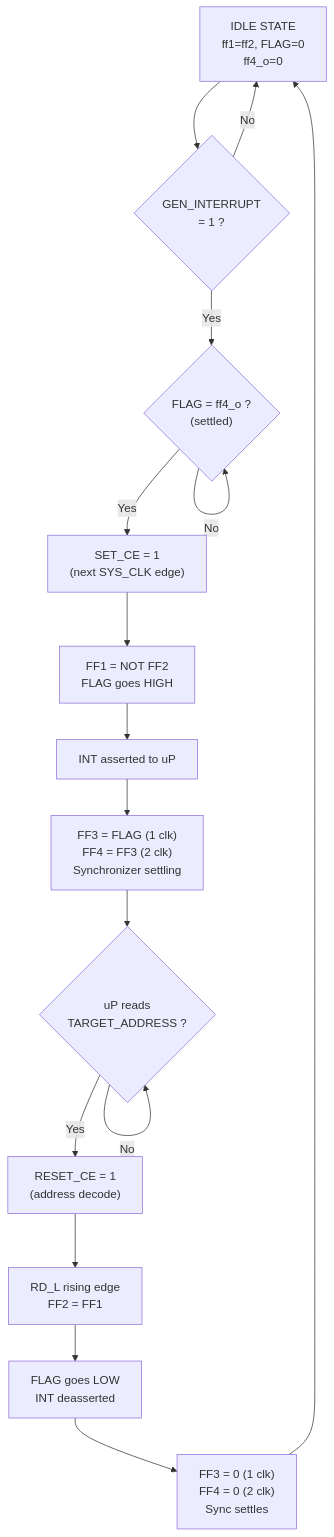
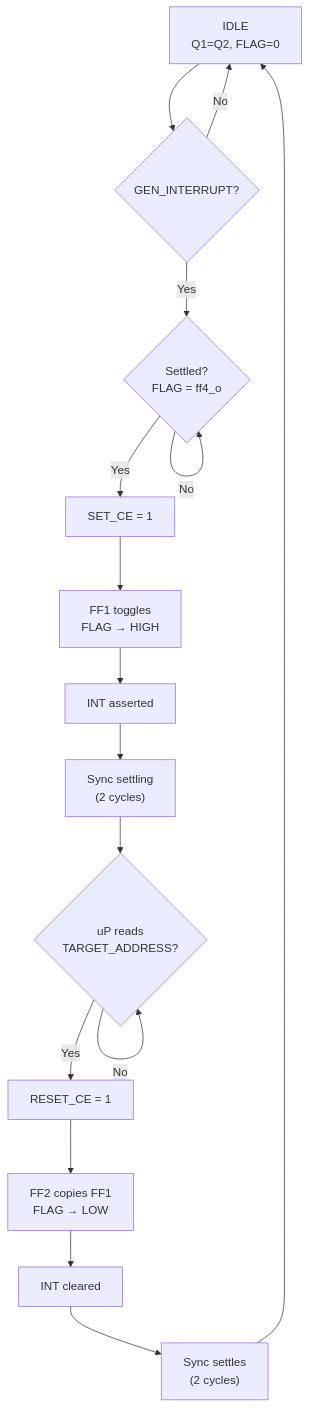
One commit to marslan6/Flancter changed the diagram in readme.md. Above: the diagram before and after it, drawn with Mermaid. The commit also changed other lines of this file, not shown here.

````diff
--- a/readme.md
+++ b/readme.md
@@ -101,18 +93,18 @@
 ```mermaid
 flowchart TD
-    A["IDLE STATE<br>ff1=ff2, FLAG=0<br>ff4_o=0"] --> B{"GEN_INTERRUPT<br>= 1 ?"}
+    A["IDLE<br>Q1=Q2, FLAG=0"] --> B{"GEN_INTERRUPT?"}
     B -- No --> A
-    B -- Yes --> C{"FLAG = ff4_o ?<br>(settled)"}
+    B -- Yes --> C{"Settled?<br>FLAG = ff4_o"}
     C -- No --> C
-    C -- Yes --> D["SET_CE = 1<br>(next SYS_CLK edge)"]
-    D --> E["FF1 = NOT FF2<br>FLAG goes HIGH"]
-    E --> F["INT asserted to uP"]
-    F --> G["FF3 = FLAG (1 clk)<br>FF4 = FF3 (2 clk)<br>Synchronizer settling"]
-    G --> H{"uP reads<br>TARGET_ADDRESS ?"}
+    C -- Yes --> D["SET_CE = 1"]
+    D --> E["FF1 toggles<br>FLAG → HIGH"]
+    E --> F["INT asserted"]
+    F --> G["Sync settling<br>(2 cycles)"]
+    G --> H{"uP reads<br>TARGET_ADDRESS?"}
     H -- No --> H
-    H -- Yes --> I["RESET_CE = 1<br>(address decode)"]
-    I --> J["RD_L rising edge<br>FF2 = FF1"]
-    J --> K["FLAG goes LOW<br>INT deasserted"]
-    K --> L["FF3 = 0 (1 clk)<br>FF4 = 0 (2 clk)<br>Sync settles"]
+    H -- Yes --> I["RESET_CE = 1"]
+    I --> J["FF2 copies FF1<br>FLAG → LOW"]
+    J --> K["INT cleared"]
+    K --> L["Sync settles<br>(2 cycles)"]
     L --> A
 ```
````
